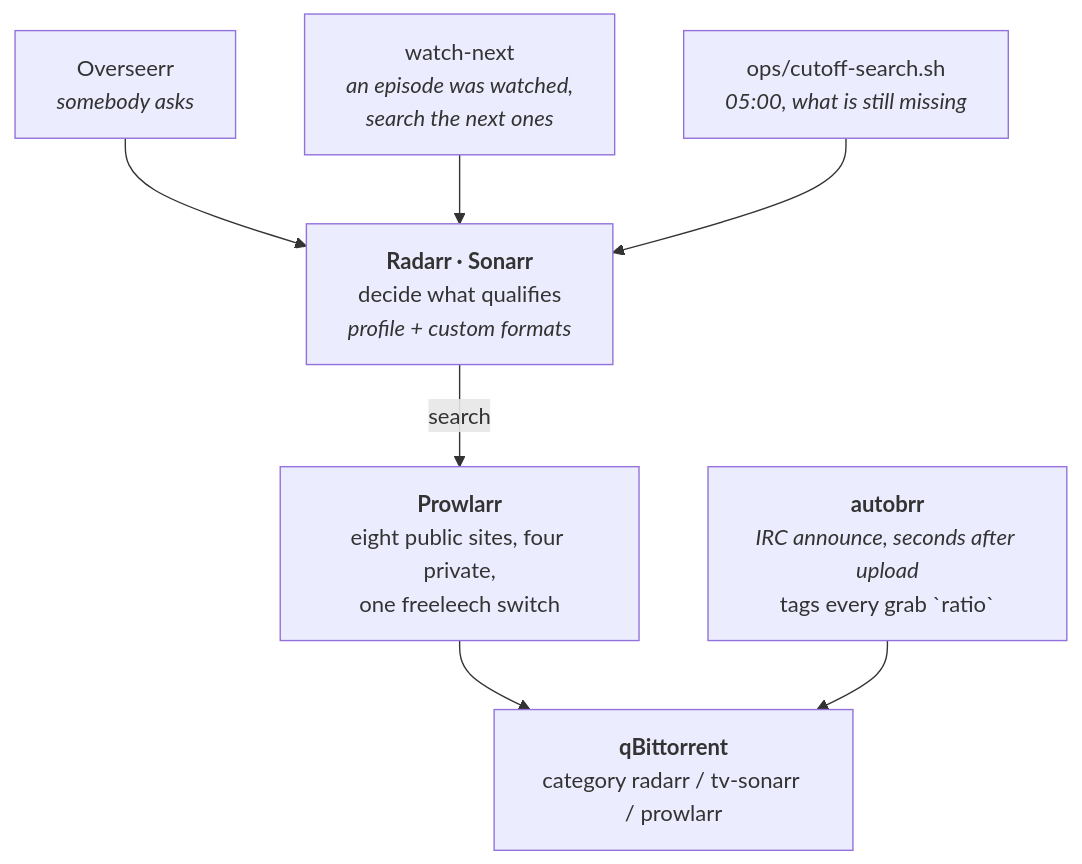
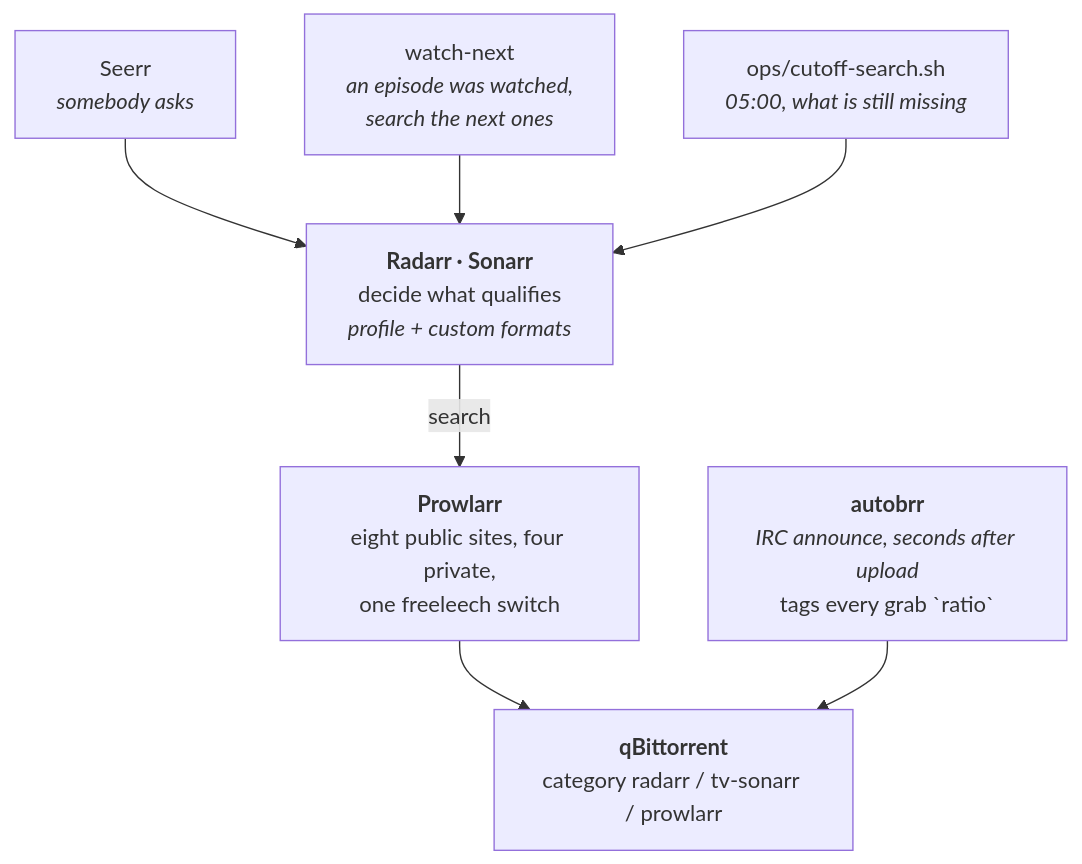
The first of 2 diagrams in docs/lifecycle.md (PlatanosVerdes/rpi-homeserver), drawn with Mermaid before and after one commit. The commit also changed 12 other files, not shown here.

````diff
--- a/docs/lifecycle.md
+++ b/docs/lifecycle.md
@@ -15,10 +15,10 @@
 ```mermaid
 flowchart TB
-  OV["Overseerr<br/><i>somebody asks</i>"] --> ARR
+  OV["Seerr<br/><i>somebody asks</i>"] --> ARR
   WN["watch-next<br/><i>an episode was watched,<br/>search the next ones</i>"] --> ARR
   CO["ops/cutoff-search.sh<br/><i>05:00, what is still missing</i>"] --> ARR
   ARR["<b>Radarr · Sonarr</b><br/>decide what qualifies<br/><i>profile + custom formats</i>"] -->|"search"| PW
   PW["<b>Prowlarr</b><br/>eight public sites, four private,<br/>one freeleech switch"] --> QB
   BRR["<b>autobrr</b><br/><i>IRC announce, seconds after upload</i><br/>tags every grab `ratio`"] --> QB
   QB["<b>qBittorrent</b><br/>category radarr / tv-sonarr / prowlarr"]
 ```
````
